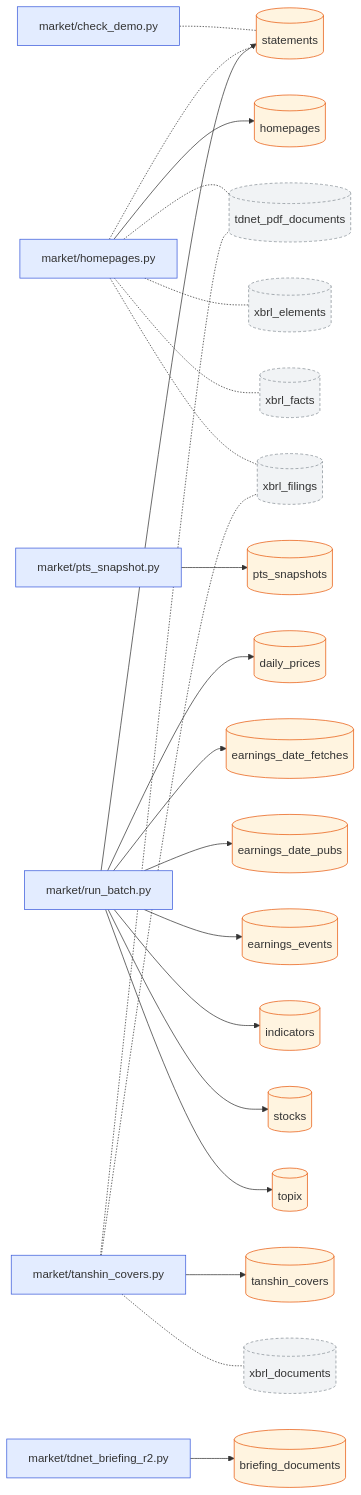
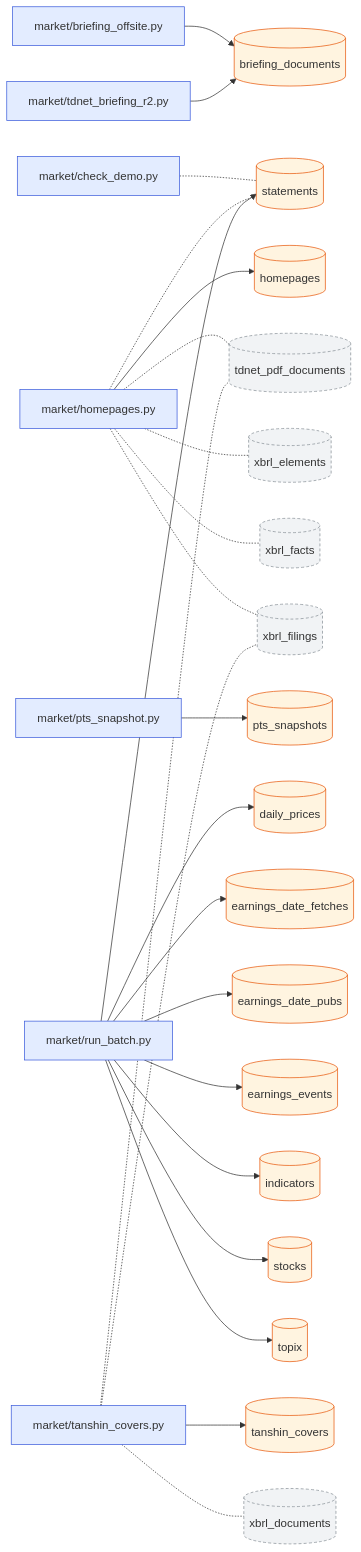
The first of 2 diagrams in docs/dataflow/market.md (pekumirui/stock-analyzer), drawn with Mermaid before and after one commit. The commit also changed other lines of this file and 14 other files, not shown here.

````diff
--- a/docs/dataflow/market.md
+++ b/docs/dataflow/market.md
@@ -9,51 +9,53 @@
 ```mermaid
 flowchart LR
-  n0["market/check_demo.py"]:::job
-  n1["market/homepages.py"]:::job
-  n2["market/pts_snapshot.py"]:::job
-  n3["market/run_batch.py"]:::job
-  n4["market/tanshin_covers.py"]:::job
-  n5["market/tdnet_briefing_r2.py"]:::job
-  n6[("briefing_documents")]:::tbl
-  n7[("daily_prices")]:::tbl
-  n8[("earnings_date_fetches")]:::tbl
-  n9[("earnings_date_pubs")]:::tbl
-  n10[("earnings_events")]:::tbl
-  n11[("homepages")]:::tbl
-  n12[("indicators")]:::tbl
-  n13[("pts_snapshots")]:::tbl
-  n14[("statements")]:::tbl
-  n15[("stocks")]:::tbl
-  n16[("tanshin_covers")]:::tbl
-  n17[("tdnet_pdf_documents")]:::ext
-  n18[("topix")]:::tbl
-  n19[("xbrl_documents")]:::ext
-  n20[("xbrl_elements")]:::ext
-  n21[("xbrl_facts")]:::ext
-  n22[("xbrl_filings")]:::ext
-  n0 -.- n14
-  n1 --> n11
-  n1 -.- n14
-  n1 -.- n17
-  n1 -.- n20
-  n1 -.- n21
-  n1 -.- n22
-  n2 --> n13
-  n3 --> n7
-  n3 --> n8
-  n3 --> n9
-  n3 --> n10
-  n3 --> n12
+  n0["market/briefing_offsite.py"]:::job
+  n1["market/check_demo.py"]:::job
+  n2["market/homepages.py"]:::job
+  n3["market/pts_snapshot.py"]:::job
+  n4["market/run_batch.py"]:::job
+  n5["market/tanshin_covers.py"]:::job
+  n6["market/tdnet_briefing_r2.py"]:::job
+  n7[("briefing_documents")]:::tbl
+  n8[("daily_prices")]:::tbl
+  n9[("earnings_date_fetches")]:::tbl
+  n10[("earnings_date_pubs")]:::tbl
+  n11[("earnings_events")]:::tbl
+  n12[("homepages")]:::tbl
+  n13[("indicators")]:::tbl
+  n14[("pts_snapshots")]:::tbl
+  n15[("statements")]:::tbl
+  n16[("stocks")]:::tbl
+  n17[("tanshin_covers")]:::tbl
+  n18[("tdnet_pdf_documents")]:::ext
+  n19[("topix")]:::tbl
+  n20[("xbrl_documents")]:::ext
+  n21[("xbrl_elements")]:::ext
+  n22[("xbrl_facts")]:::ext
+  n23[("xbrl_filings")]:::ext
+  n0 --> n7
+  n1 -.- n15
+  n2 --> n12
+  n2 -.- n15
+  n2 -.- n18
+  n2 -.- n21
+  n2 -.- n22
+  n2 -.- n23
   n3 --> n14
-  n3 --> n15
-  n3 --> n18
+  n4 --> n8
+  n4 --> n9
+  n4 --> n10
+  n4 --> n11
+  n4 --> n13
+  n4 --> n15
   n4 --> n16
-  n4 -.- n17
-  n4 -.- n19
-  n4 -.- n22
-  n5 --> n6
+  n4 --> n19
+  n5 --> n17
+  n5 -.- n18
+  n5 -.- n20
+  n5 -.- n23
+  n6 --> n7
   classDef job fill:#e3ecff,stroke:#3b5bdb
   classDef api fill:#e6f7ec,stroke:#2b8a3e
   classDef tbl fill:#fff4e0,stroke:#e8590c
   classDef ext fill:#f1f3f5,stroke:#868e96,stroke-dasharray:4 3
 ```
````
